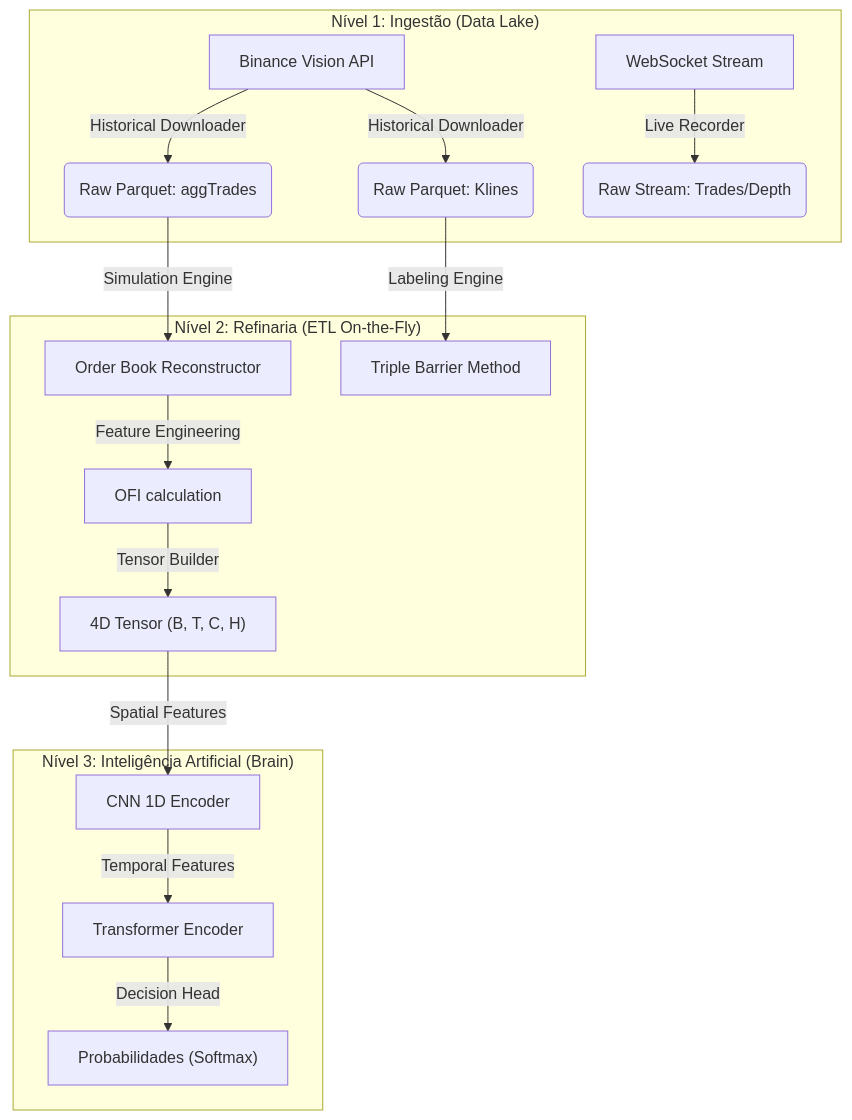
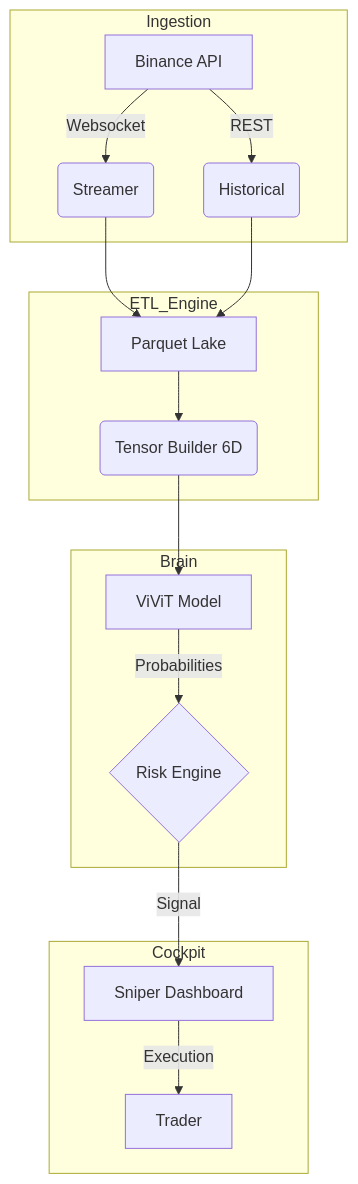
One commit to atilioebg/QuantGod changed the diagram in README.md. Above: the diagram before and after it, drawn with Mermaid. The commit also changed other lines of this file and 46 other files, not shown here.

Commit message:
QuantGod Bible: Complete documentation overhaul, 6D architecture tests, and v1.0 reset

````diff
--- a/README.md
+++ b/README.md
@@ -65,21 +13,23 @@
 ```mermaid
 graph TD
-    subgraph "Nível 1: Ingestão (Data Lake)"
-        A["Binance Vision API"] -->|Historical Downloader| B("Raw Parquet: aggTrades")
-        A -->|Historical Downloader| C("Raw Parquet: Klines")
-        W["WebSocket Stream"] -->|Live Recorder| D("Raw Stream: Trades/Depth")
+    subgraph Ingestion
+        A[Binance API] -->|Websocket| B(Streamer)
+        A -->|REST| C(Historical)
     end
-
-    subgraph "Nível 2: Refinaria (ETL On-the-Fly)"
-        B -->|Simulation Engine| E["Order Book Reconstructor"]
-        C -->|Labeling Engine| F["Triple Barrier Method"]
-        E -->|Feature Engineering| G["OFI calculation"]
-        G -->|Tensor Builder| H["4D Tensor (B, T, C, H)"]
+    
+    subgraph ETL_Engine
+        B --> D[Parquet Lake]
+        C --> D
+        D --> E(Tensor Builder 6D)
     end
-
-    subgraph "Nível 3: Inteligência Artificial (Brain)"
-        H -->|Spatial Features| I["CNN 1D Encoder"]
-        I -->|Temporal Features| J["Transformer Encoder"]
-        J -->|Decision Head| K["Probabilidades (Softmax)"]
+    
+    subgraph Brain
+        E --> F[ViViT Model]
+        F -->|Probabilities| G{Risk Engine}
+    end
+    
+    subgraph Cockpit
+        G -->|Signal| H[Sniper Dashboard]
+        H -->|Execution| I[Trader]
     end
 ```
````
